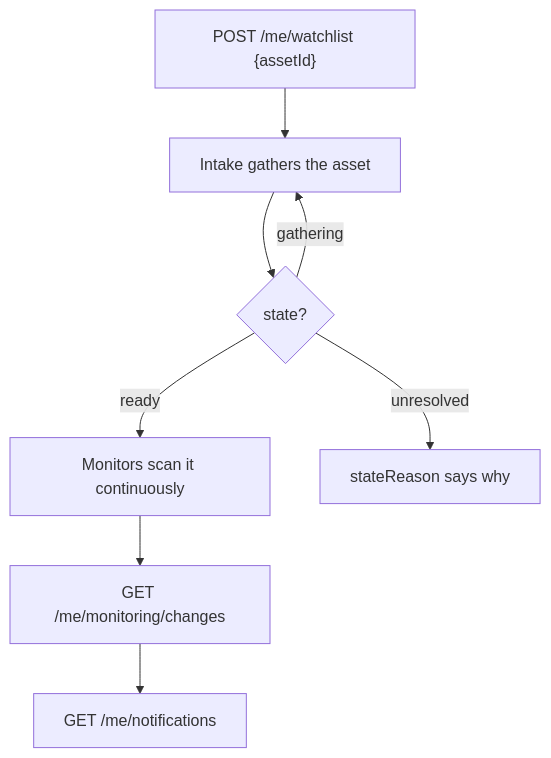
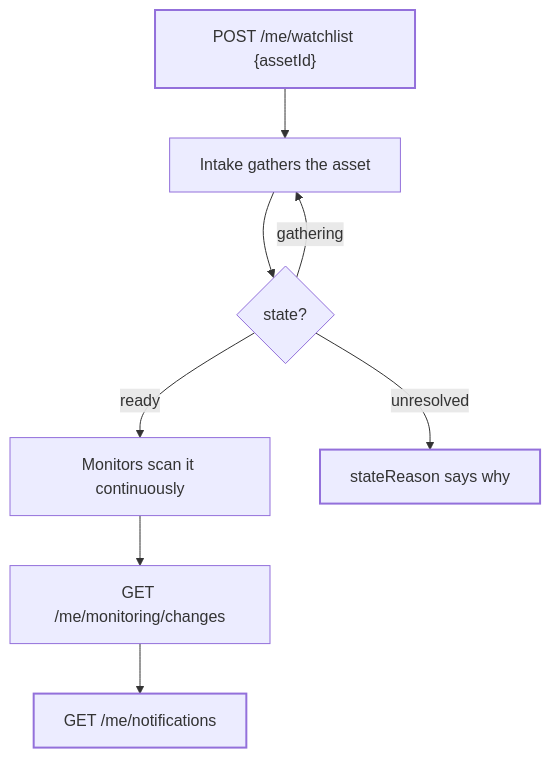
Before and after one commit to blupryntco/docs: the diagram in api/explorer/watchlist-monitoring.mdx, drawn with Mermaid. The commit also changed 54 other files, not shown here.

Commit message:
Diagrams in site palette with dark mode; Developers overview for SDK + both APIs

````diff
--- a/api/explorer/watchlist-monitoring.mdx
+++ b/api/explorer/watchlist-monitoring.mdx
@@ -20,10 +20,14 @@
 ```mermaid
 flowchart TD
     A["POST /me/watchlist {assetId}"] --> B["Intake gathers the asset"]
     B --> C{"state?"}
     C -->|"ready"| D["Monitors scan it continuously"]
     C -->|"gathering"| B
     C -->|"unresolved"| E["stateReason says why"]
     D --> F["GET /me/monitoring/changes"]
     F --> G["GET /me/notifications"]
+classDef start stroke-width:2px
+classDef done stroke-width:2px
+class A start
+class E,G done
 ```
````
